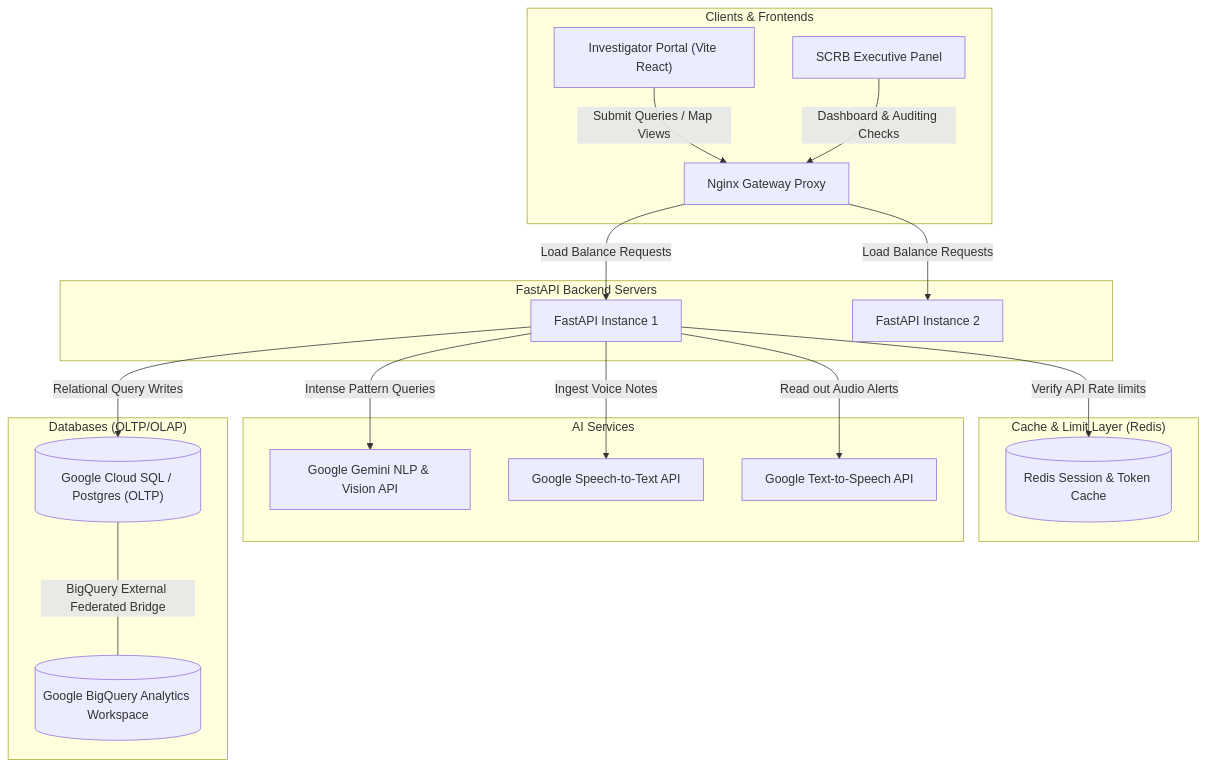
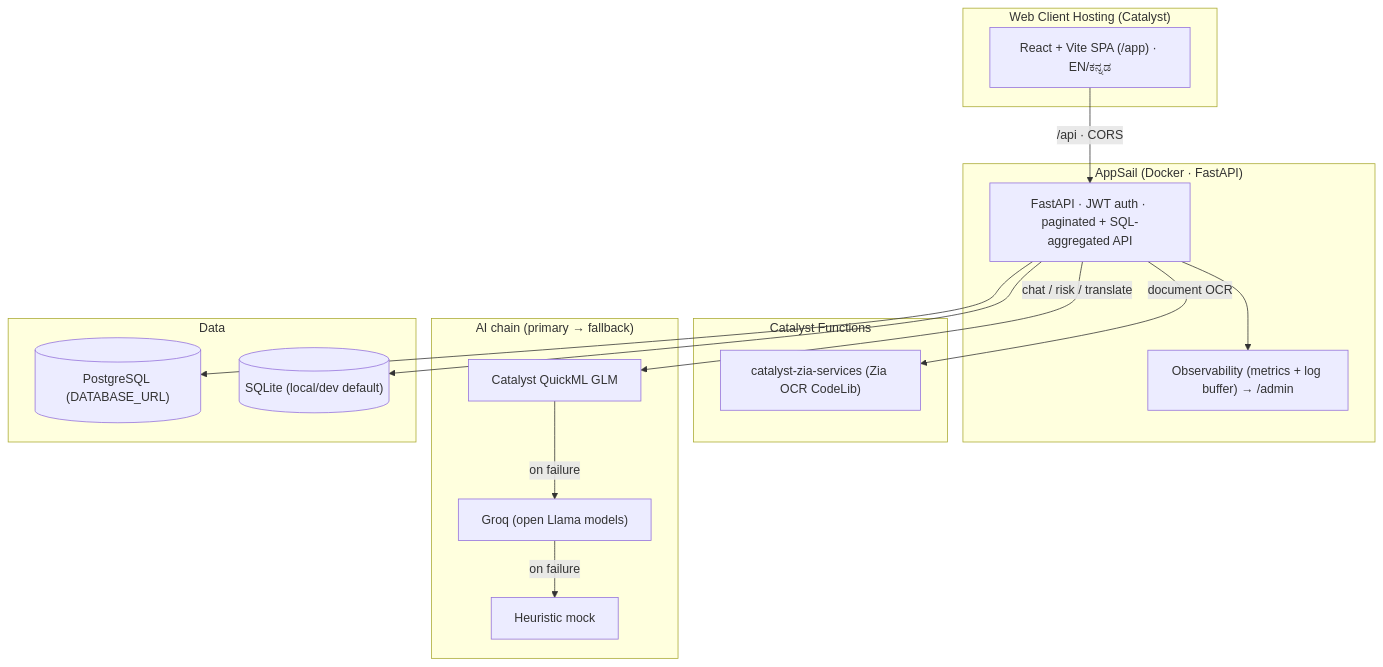
Before and after one commit to chiraghs/Vyuha-Network: the diagram in README.md, drawn with Mermaid. The commit also changed other lines of this file, not shown here.

Commit message:
docs: rewrite README for current architecture (FIR schema, Catalyst deploy, AI chain, i18n, admin console)

````diff
--- a/README.md
+++ b/README.md
@@ -23,46 +49,31 @@
 ```mermaid
 flowchart TD
-    subgraph "Clients & Frontends"
-        Officer["Investigator Portal (Vite React)"]
-        Admin["SCRB Executive Panel"]
-        Nginx["Nginx Gateway Proxy"]
+    subgraph Client["Web Client Hosting (Catalyst)"]
+        SPA["React + Vite SPA (/app) · EN/ಕನ್ನಡ"]
+    end
+    subgraph AppSail["AppSail (Docker · FastAPI)"]
+        API["FastAPI · JWT auth · paginated + SQL-aggregated API"]
+        OBS["Observability (metrics + log buffer) → /admin"]
+    end
+    subgraph Fn["Catalyst Functions"]
+        ZIA["catalyst-zia-services (Zia OCR CodeLib)"]
+    end
+    subgraph AI["AI chain (primary → fallback)"]
+        GLM["Catalyst QuickML GLM"]
+        GROQ["Groq (open Llama models)"]
+        MOCK["Heuristic mock"]
+    end
+    subgraph DB["Data"]
+        PG[("PostgreSQL (DATABASE_URL)")]
+        SQLITE[("SQLite (local/dev default)")]
     end
 
-    subgraph "FastAPI Backend Servers"
-        FastAPI1["FastAPI Instance 1"]
-        FastAPI2["FastAPI Instance 2"]
-    end
-
-    subgraph "Cache & Limit Layer (Redis)"
-        Cache[("Redis Session & Token Cache")]
-    end
-
-    subgraph "AI Services"
-        Gemini["Google Gemini NLP & Vision API"]
-        STT["Google Speech-to-Text API"]
-        TTS["Google Text-to-Speech API"]
-    end
-
-    subgraph "Databases (OLTP/OLAP)"
-        Postgres[("Google Cloud SQL / Postgres (OLTP)")]
-        BigQuery[("Google BigQuery Analytics Workspace")]
-    end
-
-    %% Client flows
-    Officer -->|Submit Queries / Map Views| Nginx
-    Admin -->|Dashboard & Auditing Checks| Nginx
-    Nginx -->|Load Balance Requests| FastAPI1
-    Nginx -->|Load Balance Requests| FastAPI2
-
-    %% Redis Cache
-    FastAPI1 -->|Verify API Rate limits| Cache
-
-    %% AI Pipeline
-    FastAPI1 -->|Intense Pattern Queries| Gemini
-    FastAPI1 -->|Ingest Voice Notes| STT
-    FastAPI1 -->|Read out Audio Alerts| TTS
-
-    %% Relational Datastores
-    FastAPI1 -->|Relational Query Writes| Postgres
-    Postgres <---|BigQuery External Federated Bridge| BigQuery
+    SPA -->|/api · CORS| API
+    API --> OBS
+    API -->|document OCR| ZIA
+    API -->|chat / risk / translate| GLM
+    GLM -->|on failure| GROQ
+    GROQ -->|on failure| MOCK
+    API --> PG
+    API --> SQLITE
 ```
````
